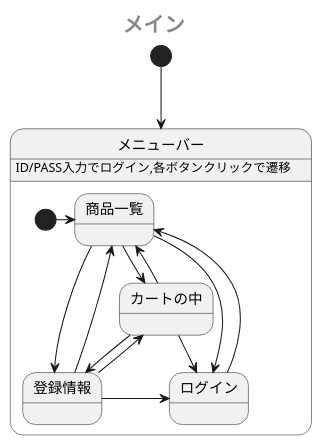
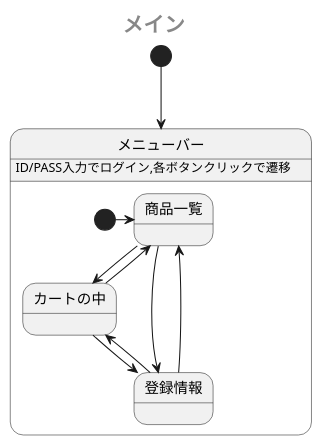
The first of 2 diagrams in sample/StateMachine.md (Aso2001385/2021sys-design), drawn with PlantUML before and after one commit.

````diff
--- a/sample/StateMachine.md
+++ b/sample/StateMachine.md
@@ -1,25 +1,21 @@
 ```uml
 @startuml
  center header <size:20><b>メイン</b></size>
  [*] --> メニューバー
  state メニューバー {
    メニューバー: ID/PASS入力でログイン,各ボタンクリックで遷移
    [*] -> 商品一覧
    商品一覧 -down-> カートの中
-   商品一覧 --> ログイン
-   ログイン --> 商品一覧
    カートの中 -up-> 商品一覧
    カートの中 -down-> 登録情報
-   カートの中 -right-> ログイン
    登録情報 -up-> カートの中
    商品一覧 -right-> 登録情報
    商品一覧 -[hidden]> 登録情報
    登録情報 -left-> 商品一覧
    登録情報 -[hidden]> 商品一覧
-   登録情報 -> ログイン
    
 
  }
  
 @enduml
 ```
````
